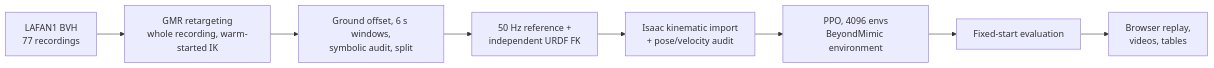
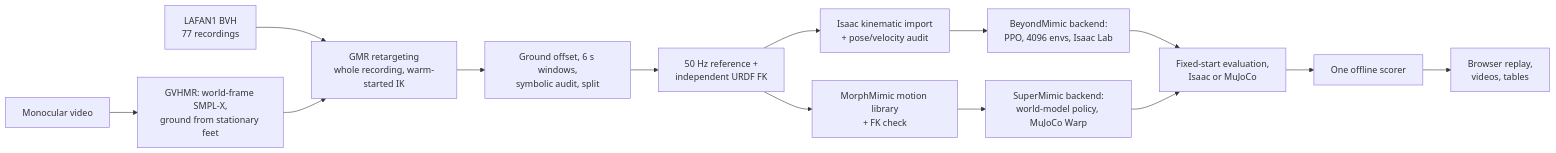
Before and after one commit to seerier/Humanoid-Motion: the diagram in README.md, drawn with Mermaid. The commit also changed other lines of this file and 6 other files, not shown here.

````diff
--- a/README.md
+++ b/README.md
@@ -44,10 +85,14 @@
 ```mermaid
 flowchart LR
   A[LAFAN1 BVH<br/>77 recordings] --> B[GMR retargeting<br/>whole recording, warm-started IK]
+  V[Monocular video] --> W[GVHMR: world-frame SMPL-X,<br/>ground from stationary feet] --> B
   B --> C[Ground offset, 6 s windows,<br/>symbolic audit, split]
   C --> D[50 Hz reference +<br/>independent URDF FK]
   D --> E[Isaac kinematic import<br/>+ pose/velocity audit]
-  E --> F[PPO, 4096 envs<br/>BeyondMimic environment]
-  F --> G[Fixed-start evaluation]
-  G --> H[Browser replay,<br/>videos, tables]
+  E --> F[BeyondMimic backend:<br/>PPO, 4096 envs, Isaac Lab]
+  D --> M[MorphMimic motion library<br/>+ FK check]
+  M --> S[SuperMimic backend:<br/>world-model policy, MuJoCo Warp]
+  F --> G[Fixed-start evaluation,<br/>Isaac or MuJoCo]
+  S --> G
+  G --> X[One offline scorer] --> H[Browser replay,<br/>videos, tables]
 ```
````
